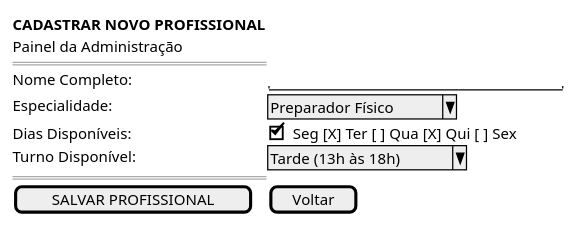
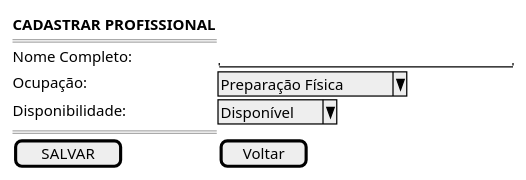
The third of 7 diagrams in docs/Iniciacao/prototipo_baixa_fidelidade.md (Projetos-de-Extensao/PBE_26.2_8002_II), drawn with PlantUML before and after one commit. The commit also changed other lines of this file and 8 other files, not shown here.

````diff
--- a/docs/Iniciacao/prototipo_baixa_fidelidade.md
+++ b/docs/Iniciacao/prototipo_baixa_fidelidade.md
@@ -105,15 +75,13 @@
 ```plantuml
 @startsalt
 {
-  <b>CADASTRAR NOVO PROFISSIONAL
-  Painel da Administração
+  <b>CADASTRAR PROFISSIONAL
   ==
-  Nome Completo:      | "                             "
-  Especialidade:      | ^Preparador Físico^
-  Dias Disponíveis:   | [X] Seg [X] Ter [ ] Qua [X] Qui [ ] Sex
-  Turno Disponível:   | ^Tarde (13h às 18h)^
+  Nome Completo:   | "                             "
+  Ocupação:        | ^Preparação Física^
+  Disponibilidade: | ^Disponível^
   ==
-  [  SALVAR PROFISSIONAL  ] | [ Voltar ]
+  [  SALVAR  ] | [ Voltar ]
 }
 @endsalt
 ```
````
